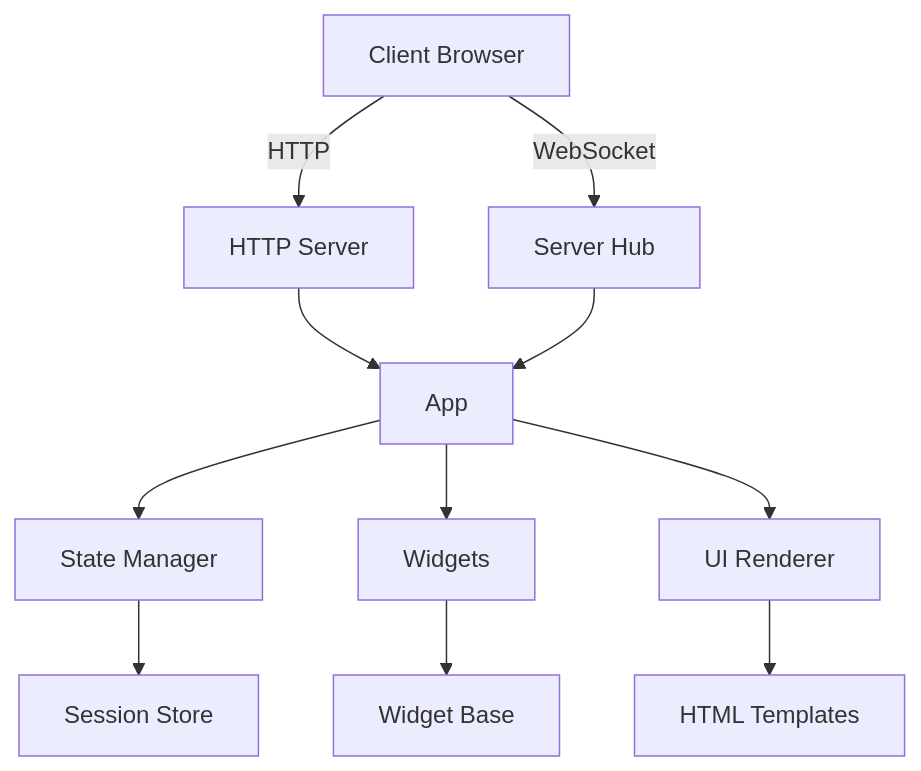
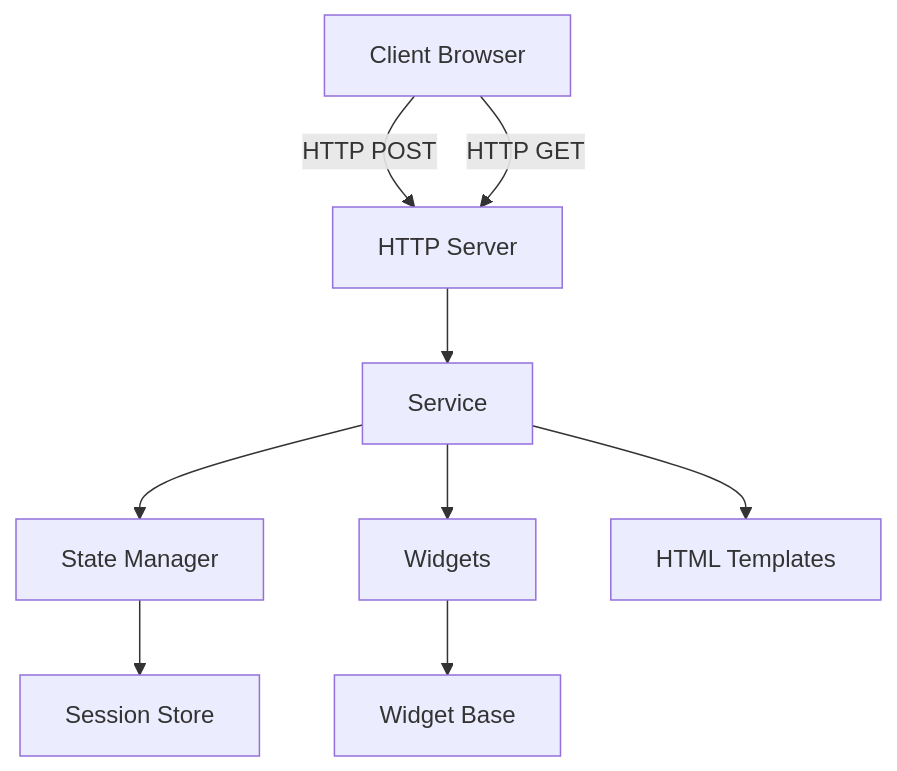
The diagram in docs/architecture.md (lengzhao/streamlit-go), drawn with Mermaid before and after one commit. The commit also changed other lines of this file and 14 other files, not shown here.

````diff
--- a/docs/architecture.md
+++ b/docs/architecture.md
@@ -53,14 +40,12 @@
 ```mermaid
 graph TD
-    A[Client Browser] -->|WebSocket| B[Server Hub]
-    A -->|HTTP| C[HTTP Server]
-    C --> D[App]
-    B --> D
-    D --> E[State Manager]
-    D --> F[Widgets]
-    D --> G[UI Renderer]
-    E --> H[Session Store]
-    F --> I[Widget Base]
-    G --> J[HTML Templates]
+    A[Client Browser] -->|HTTP POST| B[HTTP Server]
+    A -->|HTTP GET| B
+    B --> C[Service]
+    C --> D[State Manager]
+    C --> E[Widgets]
+    D --> F[Session Store]
+    E --> G[Widget Base]
+    C --> H[HTML Templates]
 
 ```
````
